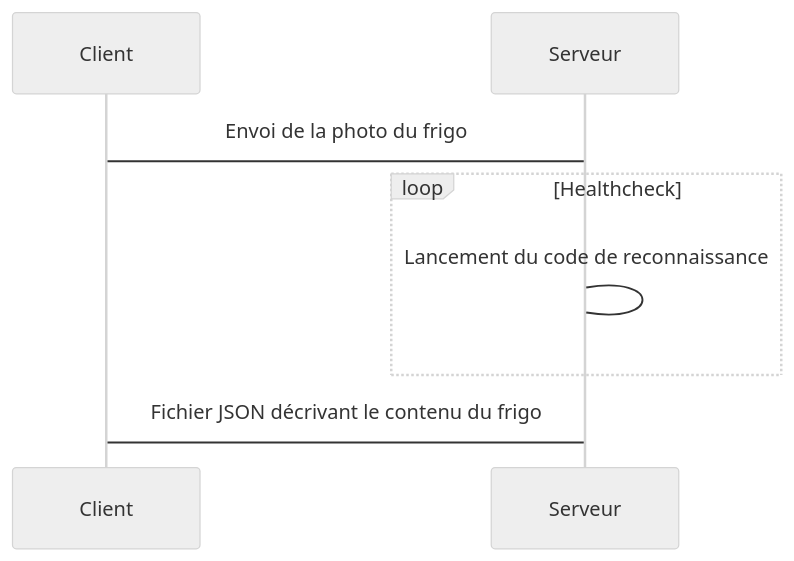
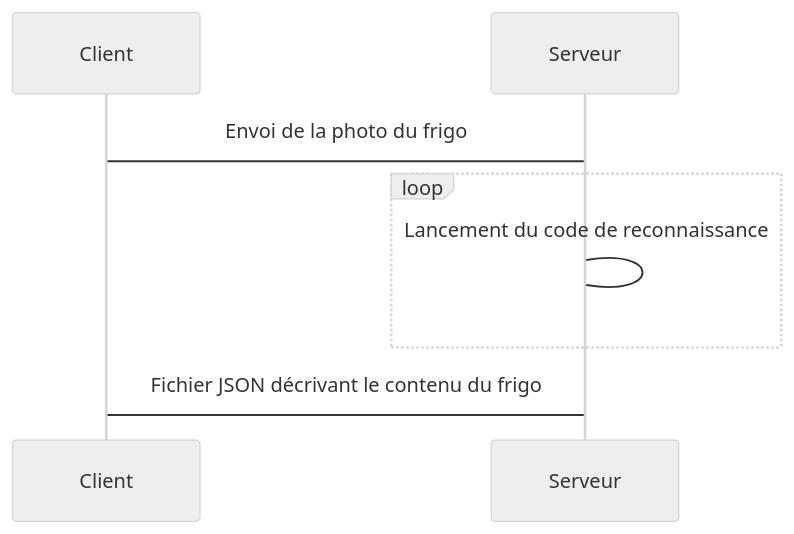
The diagram in README.md (elie972/Reconnaissance-aliment-frigo-projet-de-fin-d-ann-e-), drawn with Mermaid (neutral theme) before and after one commit.

Commit message:
readmev6

````diff
--- a/README.md
+++ b/README.md
@@ -34,10 +34,10 @@
 ```mermaid
 sequenceDiagram
     participant Client
     participant Serveur
     Client->Serveur: Envoi de la photo du frigo
-    loop Healthcheck
+    loop
         Serveur->Serveur: Lancement du code de reconnaissance
     end
     Serveur->Client: Fichier JSON décrivant le contenu du frigo
 ```
````
